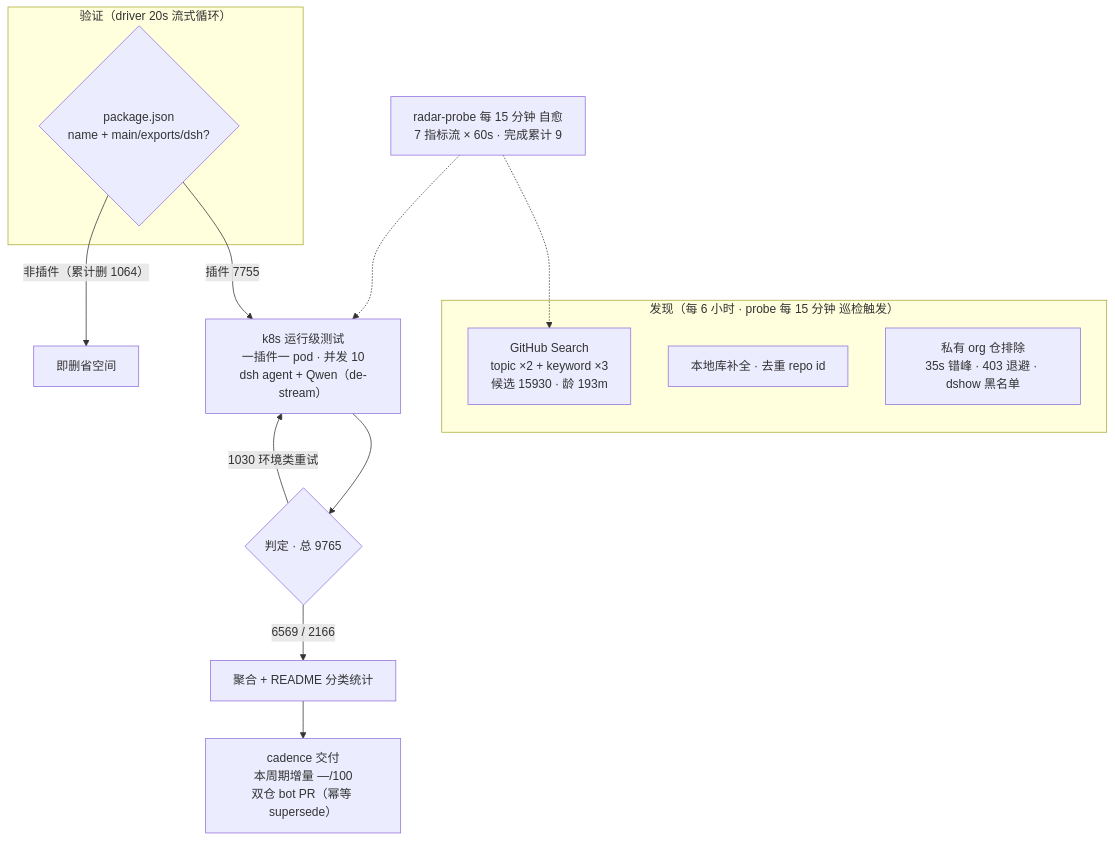
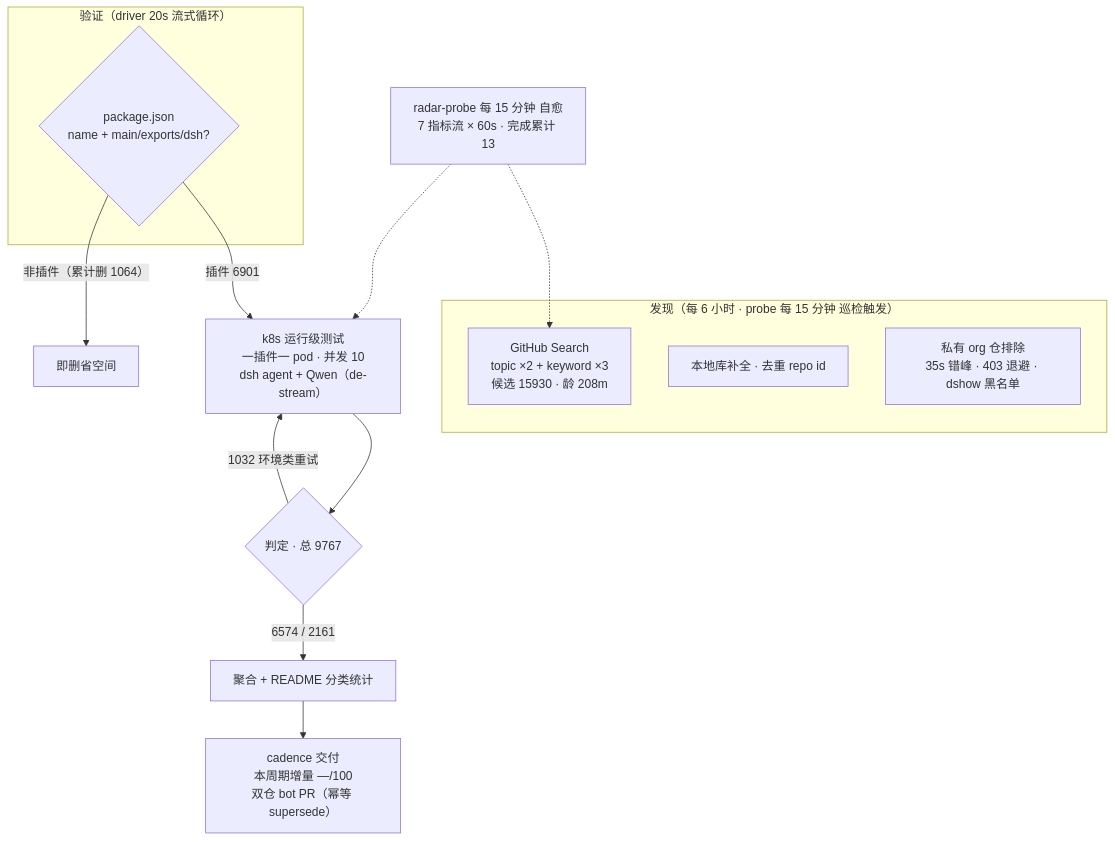
One commit to Zhidao-Lab-OSS/awesome-dsh-plugins changed the diagram in README.md. Above: the diagram before and after it, drawn with Mermaid. The commit also changed other lines of this file and 1 other file, not shown here.

````diff
--- a/README.md
+++ b/README.md
@@ -37,20 +37,20 @@
 ```mermaid
 flowchart TB
     subgraph Discovery["发现（每 6 小时 · probe 每 15 分钟 巡检触发）"]
-        A1["GitHub Search<br/>topic ×2 + keyword ×3<br/>候选 15930 · 龄 193m"]
+        A1["GitHub Search<br/>topic ×2 + keyword ×3<br/>候选 15930 · 龄 208m"]
         A2["本地库补全 · 去重 repo id"]
         A3["私有 org 仓排除<br/>35s 错峰 · 403 退避 · dshow 黑名单"]
     end
     subgraph Validation["验证（driver 20s 流式循环）"]
         B1{"package.json<br/>name + main/exports/dsh?"}
     end
-    B1 -->|"插件 7755"| C1["k8s 运行级测试<br/>一插件一 pod · 并发 10<br/>dsh agent + Qwen（de-stream）"]
+    B1 -->|"插件 6901"| C1["k8s 运行级测试<br/>一插件一 pod · 并发 10<br/>dsh agent + Qwen（de-stream）"]
     B1 -->|"非插件（累计删 1064）"| B3["即删省空间"]
-    C1 --> D1{"判定 · 总 9765"}
-    D1 -->|"6569 / 2166"| E1["聚合 + README 分类统计"]
-    D1 -->|"1030 环境类重试"| C1
+    C1 --> D1{"判定 · 总 9767"}
+    D1 -->|"6574 / 2161"| E1["聚合 + README 分类统计"]
+    D1 -->|"1032 环境类重试"| C1
     E1 --> E2["cadence 交付<br/>本周期增量 —/100<br/>双仓 bot PR（幂等 supersede）"]
-    M["radar-probe 每 15 分钟 自愈<br/>7 指标流 × 60s · 完成累计 9"]
+    M["radar-probe 每 15 分钟 自愈<br/>7 指标流 × 60s · 完成累计 13"]
     M -.-> A1
     M -.-> C1
 ```
````
